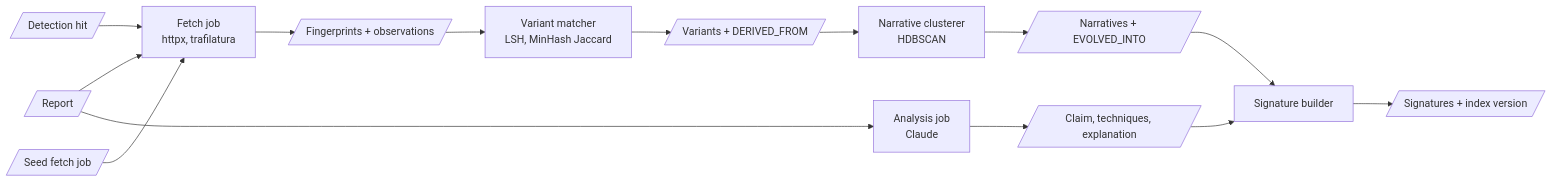
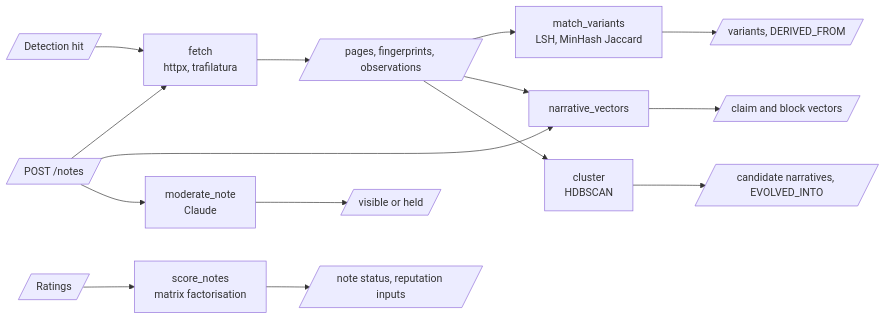
Before and after one commit to nlinnanen/konklaavi: the fourth of 4 diagrams in docs/components.md, drawn with Mermaid. The commit also changed other lines of this file and 6 other files, not shown here.

````diff
--- a/docs/components.md
+++ b/docs/components.md
@@ -98,16 +90,17 @@
 ```mermaid
 flowchart LR
-  Rep[/Report/] --> Fetch["Fetch job<br/>httpx, trafilatura"]
-  Hit[/Detection hit/] --> Fetch
-  SeedJ[/Seed fetch job/] --> Fetch
-  Fetch --> Fp[/"Fingerprints + observations"/]
-  Fp --> VM["Variant matcher<br/>LSH, MinHash Jaccard"]
-  VM --> Var[/"Variants + DERIVED_FROM"/]
-  Var --> NC["Narrative clusterer<br/>HDBSCAN"]
-  NC --> Nar[/"Narratives + EVOLVED_INTO"/]
-  Rep --> AJ["Analysis job<br/>Claude"]
-  AJ --> Verd[/"Claim, techniques, explanation"/]
-  Nar --> SB["Signature builder"]
-  Verd --> SB
-  SB --> Sig[/"Signatures + index version"/]
+  Note[/POST /notes/] --> Fetch
+  Hit[/Detection hit/] --> Fetch["fetch<br/>httpx, trafilatura"]
+  Fetch --> Fp[/"pages, fingerprints, observations"/]
+  Fp --> VM["match_variants<br/>LSH, MinHash Jaccard"]
+  VM --> Var[/"variants, DERIVED_FROM"/]
+  Fp --> NV["narrative_vectors"]
+  Note --> NV
+  NV --> Vec[/"claim and block vectors"/]
+  Fp --> CL["cluster<br/>HDBSCAN"]
+  CL --> Cand[/"candidate narratives, EVOLVED_INTO"/]
+  Note --> MOD["moderate_note<br/>Claude"]
+  MOD --> Mo[/"visible or held"/]
+  Rat[/Ratings/] --> SC["score_notes<br/>matrix factorisation"]
+  SC --> St[/"note status, reputation inputs"/]
 ```
````
